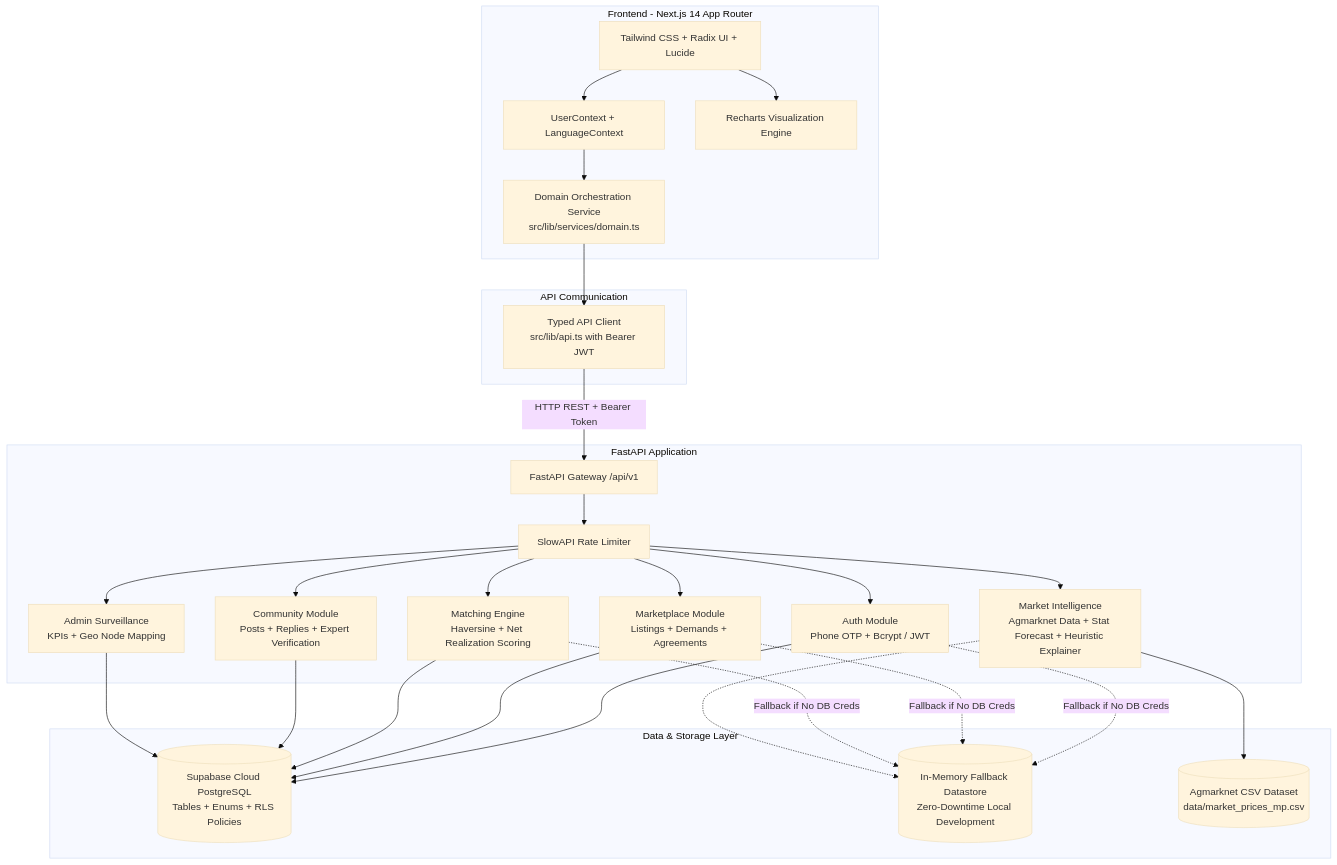
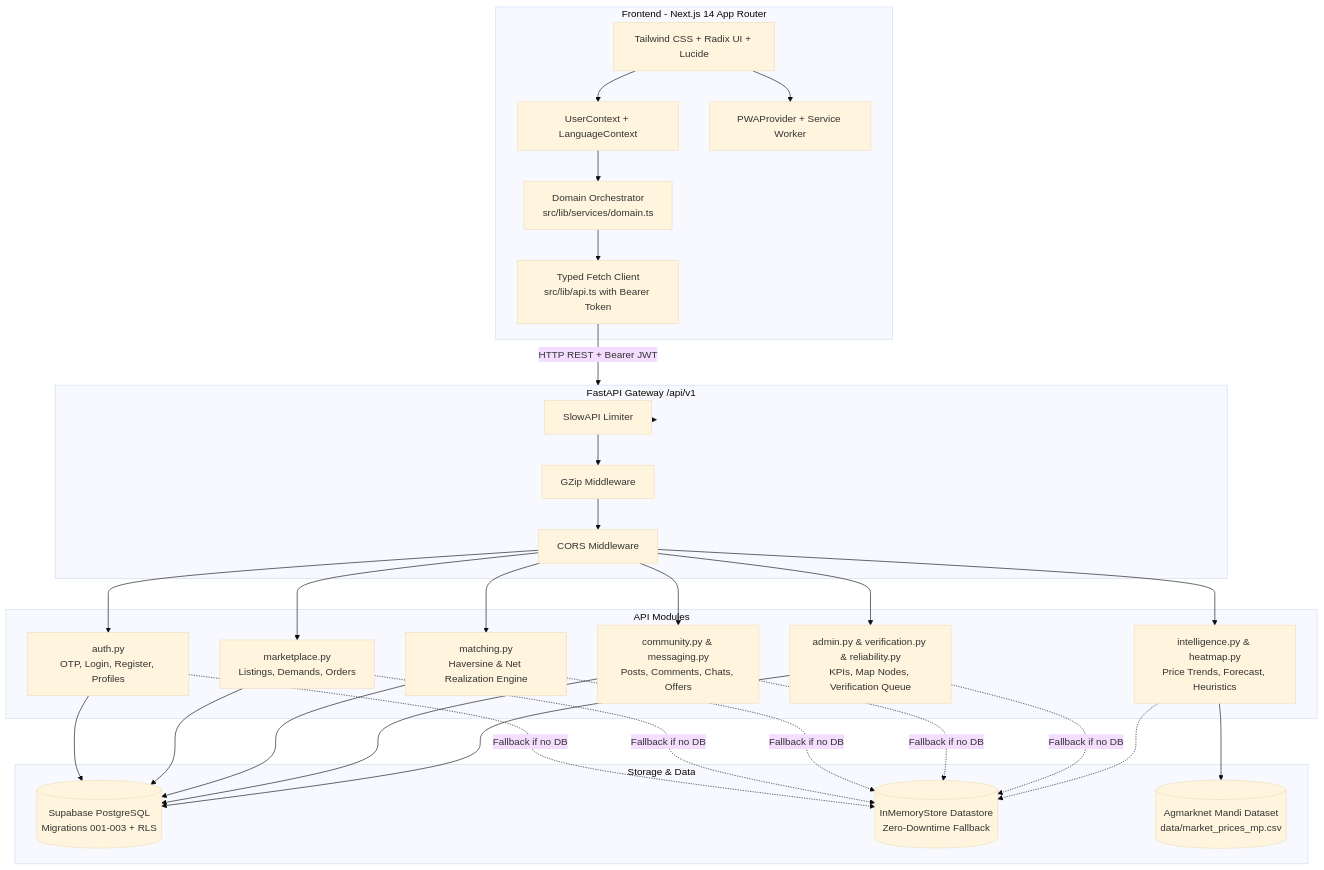
One commit to om-idiot-engineer/Farm-Nex changed the first of 2 diagrams in README.md. Above: the diagram before and after it, drawn with Mermaid (base theme). The commit also changed other lines of this file and 41 other files, not shown here.

First line of the commit message:
feat(perf & ui): optimize backend middleware, caching headers, and enhance portal UI

````diff
--- a/README.md
+++ b/README.md
@@ -145,55 +98,44 @@
 ```mermaid
 graph TB
-    subgraph Client Layer [Frontend - Next.js 14 App Router]
+    subgraph Client [Frontend - Next.js 14 App Router]
         UI[Tailwind CSS + Radix UI + Lucide]
         Context[UserContext + LanguageContext]
-        Domain[Domain Orchestration Service\nsrc/lib/services/domain.ts]
-        Charts[Recharts Visualization Engine]
+        PWA[PWAProvider + Service Worker]
+        Domain[Domain Orchestrator\nsrc/lib/services/domain.ts]
+        APIClient[Typed Fetch Client\nsrc/lib/api.ts with Bearer Token]
     end
 
-    subgraph API Communication
-        Fetch[Typed API Client\nsrc/lib/api.ts with Bearer JWT]
+    subgraph Gateway [FastAPI Gateway /api/v1]
+        RateLimiter[SlowAPI Limiter]
+        GZip[GZip Middleware]
+        CORS[CORS Middleware]
     end
 
-    subgraph Backend Layer [FastAPI Application]
-        Main[FastAPI Gateway /api/v1]
-        RateLimit[SlowAPI Rate Limiter]
-        AuthRouter[Auth Module\nPhone OTP + Bcrypt / JWT]
-        MarketRouter[Marketplace Module\nListings + Demands + Agreements]
-        MatchRouter[Matching Engine\nHaversine + Net Realization Scoring]
-        IntelRouter[Market Intelligence\nAgmarknet Data + Stat Forecast + Heuristic Explainer]
-        CommRouter[Community Module\nPosts + Replies + Expert Verification]
-        AdminRouter[Admin Surveillance\nKPIs + Geo Node Mapping]
+    subgraph Routers [API Modules]
+        AuthR[auth.py\nOTP, Login, Register, Profiles]
+        MarketR[marketplace.py\nListings, Demands, Orders]
+        MatchR[matching.py\nHaversine & Net Realization Engine]
+        IntelR[intelligence.py & heatmap.py\nPrice Trends, Forecast, Heuristics]
+        CommR[community.py & messaging.py\nPosts, Comments, Chats, Offers]
+        AdminR[admin.py & verification.py & reliability.py\nKPIs, Map Nodes, Verification Queue]
     end
 
-    subgraph Data & Storage Layer
-        Supabase[(Supabase Cloud PostgreSQL\nTables + Enums + RLS Policies)]
-        MemStore[(In-Memory Fallback Datastore\nZero-Downtime Local Development)]
-        AgmarknetData[(Agmarknet CSV Dataset\ndata/market_prices_mp.csv)]
+    subgraph DataLayer [Storage & Data]
+        SupabaseDB[(Supabase PostgreSQL\nMigrations 001-003 + RLS)]
+        MemDB[(InMemoryStore Datastore\nZero-Downtime Fallback)]
+        CSVData[(Agmarknet Mandi Dataset\ndata/market_prices_mp.csv)]
     end
 
     UI --> Context
-    UI --> Charts
+    UI --> PWA
     Context --> Domain
-    Domain --> Fetch
-    Fetch -->|HTTP REST + Bearer Token| Main
-    Main --> RateLimit
-    RateLimit --> AuthRouter
-    RateLimit --> MarketRouter
-    RateLimit --> MatchRouter
-    RateLimit --> IntelRouter
-    RateLimit --> CommRouter
-    RateLimit --> AdminRouter
+    Domain --> APIClient
+    APIClient -->|HTTP REST + Bearer JWT| Gateway
+    Gateway --> RateLimiter --> GZip --> CORS
+    CORS --> AuthR & MarketR & MatchR & IntelR & CommR & AdminR
 
-    AuthRouter --> Supabase
-    MarketRouter --> Supabase
-    MatchRouter --> Supabase
-    CommRouter --> Supabase
-    AdminRouter --> Supabase
-
-    AuthRouter -.->|Fallback if No DB Creds| MemStore
-    MarketRouter -.->|Fallback if No DB Creds| MemStore
-    MatchRouter -.->|Fallback if No DB Creds| MemStore
-    IntelRouter --> AgmarknetData
-    IntelRouter -.-> MemStore
+    AuthR & MarketR & MatchR & CommR & AdminR --> SupabaseDB
+    AuthR & MarketR & MatchR & CommR & AdminR -.->|Fallback if no DB| MemDB
+    IntelR --> CSVData
+    IntelR -.-> MemDB
 ```
````
